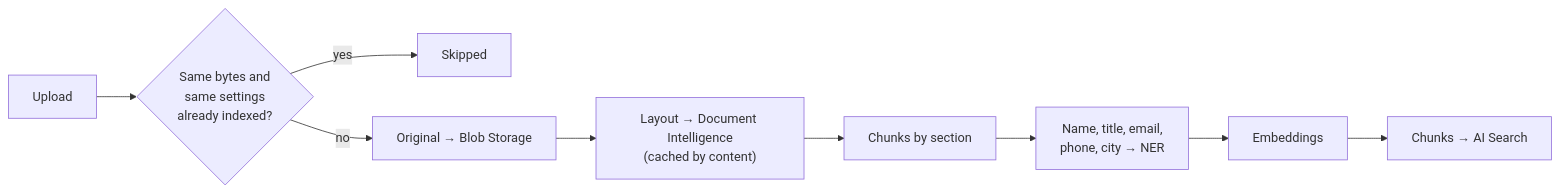
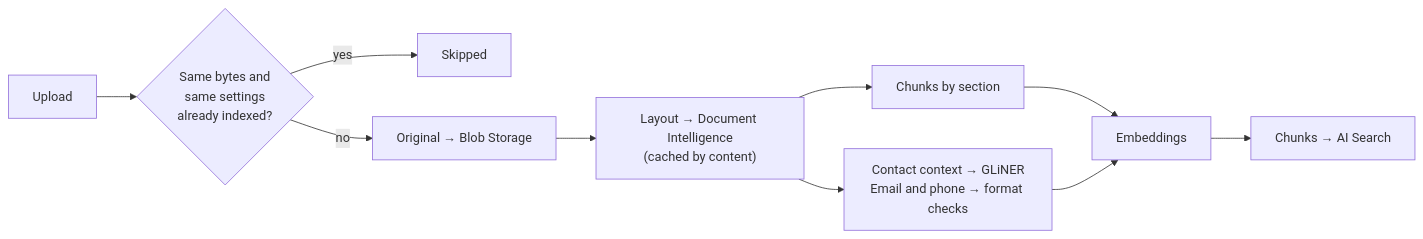
One commit to sherif2004/chat-with-cv changed the first of 2 diagrams in README.md. Above: the diagram before and after it, drawn with Mermaid. The commit also changed other lines of this file and 4 other files, not shown here.

````diff
--- a/README.md
+++ b/README.md
@@ -127,11 +127,12 @@
 ```mermaid
 flowchart LR
     U["Upload"] --> C{"Same bytes and<br/>same settings<br/>already indexed?"}
     C -- yes --> S["Skipped"]
     C -- no --> B["Original → Blob Storage"]
     B --> L["Layout → Document Intelligence<br/>(cached by content)"]
     L --> K["Chunks by section"]
-    K --> N["Name, title, email,<br/>phone, city → NER"]
+    L --> N["Contact context → GLiNER<br/>Email and phone → format checks"]
+    K --> E
     N --> E["Embeddings"]
     E --> I["Chunks → AI Search"]
 ```
````
